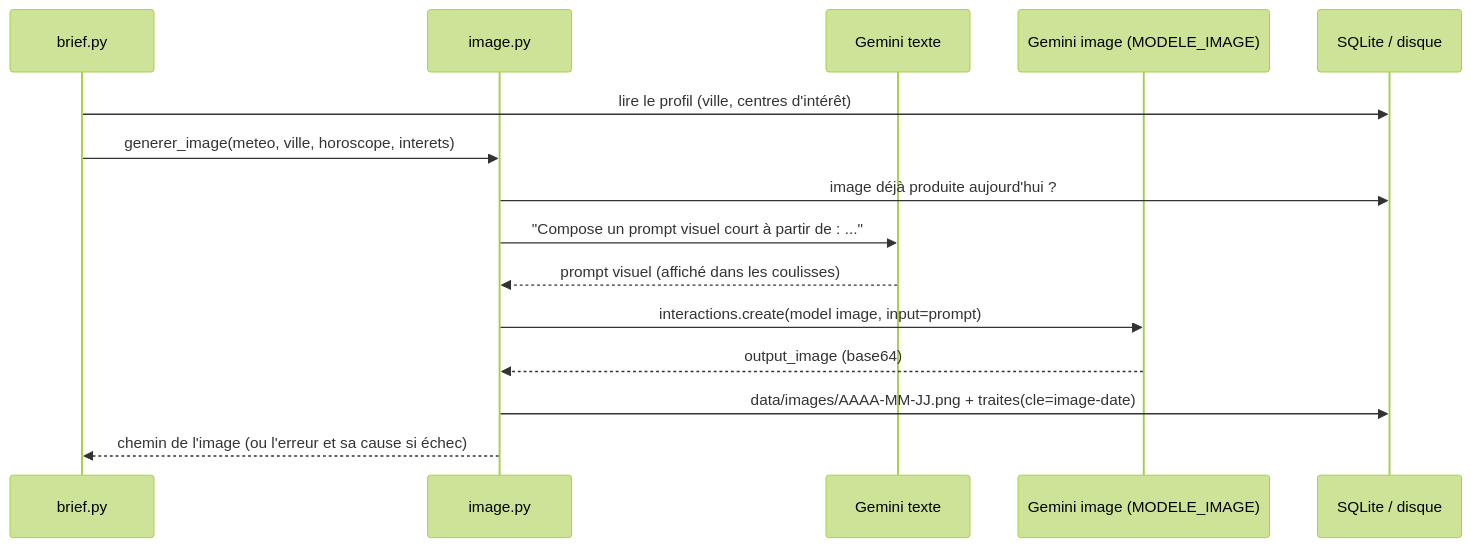
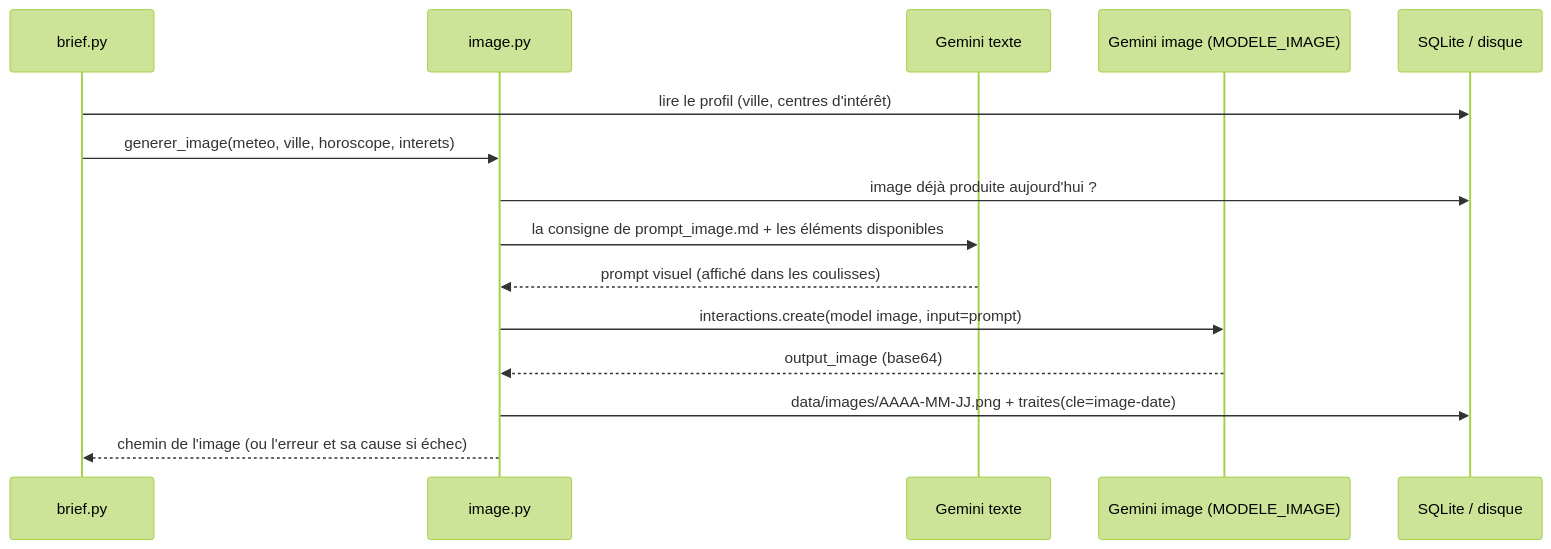
Before and after one commit to lecinquiemejour-code/goodvibe-tuto: diagram 30 of 44 in tuto-goodvibe-vibecoding.md, drawn with Mermaid (forest theme). The commit also changed other lines of this file, not shown here.

First line of the commit message:
docs(tuto): la consigne du prompt visuel vit dans prompt_image.md, comme le prompt système (fiche 10)

````diff
--- a/tuto-goodvibe-vibecoding.md
+++ b/tuto-goodvibe-vibecoding.md
@@ -1268,17 +1269,17 @@
 ```mermaid
 sequenceDiagram
     participant B as brief.py
     participant I as image.py
     participant G as Gemini texte
     participant N as Gemini image (MODELE_IMAGE)
     participant D as SQLite / disque
     B->>D: lire le profil (ville, centres d'intérêt)
     B->>I: generer_image(meteo, ville, horoscope, interets)
     I->>D: image déjà produite aujourd'hui ?
-    I->>G: "Compose un prompt visuel court à partir de : ..."
+    I->>G: la consigne de prompt_image.md + les éléments disponibles
     G-->>I: prompt visuel (affiché dans les coulisses)
     I->>N: interactions.create(model image, input=prompt)
     N-->>I: output_image (base64)
     I->>D: data/images/AAAA-MM-JJ.png + traites(cle=image-date)
     I-->>B: chemin de l'image (ou l'erreur et sa cause si échec)
 ```
````
